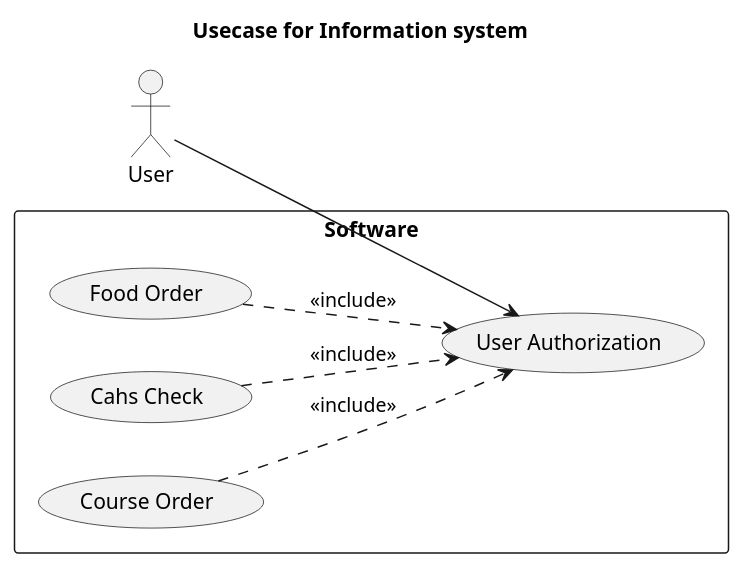
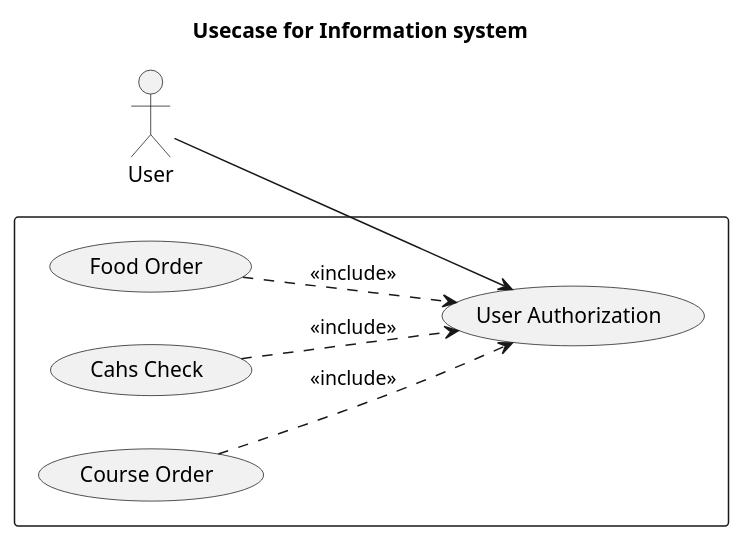
The diagram in 2-SoftwareDesign/2.7-PlantUML/UML-UseCase.puml (oleksandrblazhko/ai201-stepanenko), drawn with PlantUML before and after one commit.

```diff
--- a/2-SoftwareDesign/2.7-PlantUML/UML-UseCase.puml
+++ b/2-SoftwareDesign/2.7-PlantUML/UML-UseCase.puml
@@ -1,14 +1,14 @@
 @startuml 
 title Usecase for Information system
 left to right direction
 skinparam packageStyle rect
 
 actor User
 
-rectangle Software {
+rectangle {
   User --> (User Authorization)
   (Food Order) ..> (User Authorization) : <<include>>
   (Cahs Check) ..> (User Authorization) : <<include>>
   (Course Order) ..> (User Authorization) : <<include>>
 }
 @enduml
```
